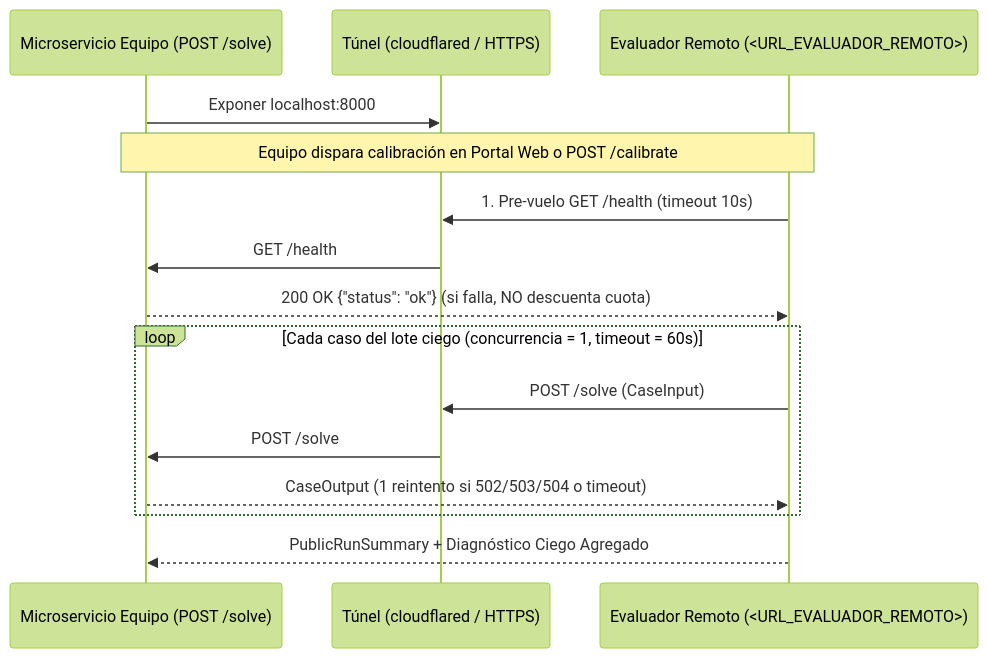
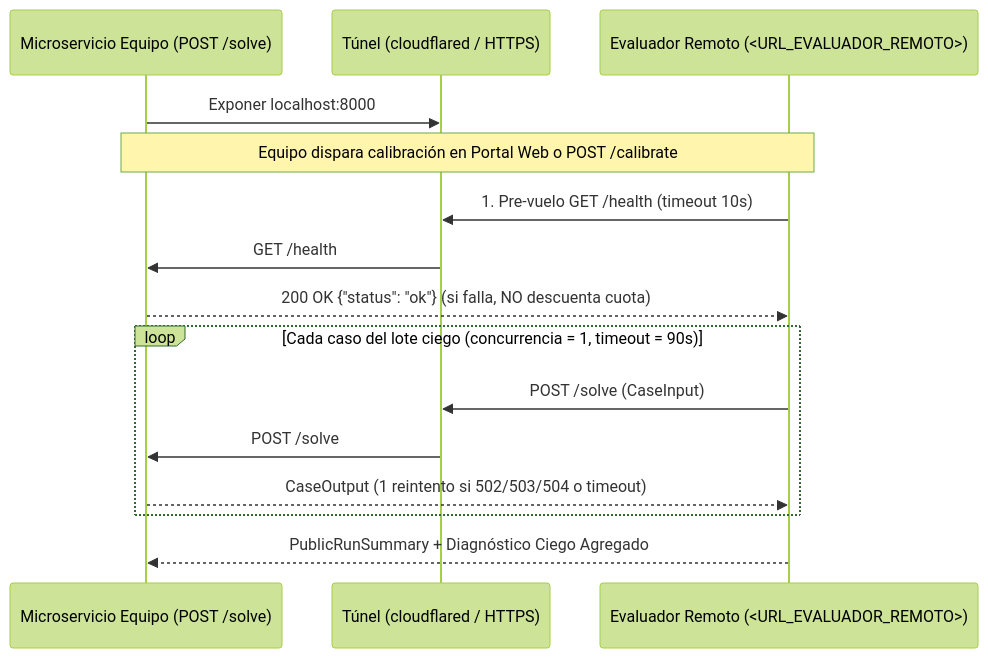
The fifth of 5 diagrams in docs/GUIA_DIDACTICA.md (chebaperez/aieng-utn-rag-challenge), drawn with Mermaid (forest theme) before and after one commit. The commit also changed other lines of this file and 10 other files, not shown here.

````diff
--- a/docs/GUIA_DIDACTICA.md
+++ b/docs/GUIA_DIDACTICA.md
@@ -466,18 +467,18 @@
 ```mermaid
 sequenceDiagram
     participant Eq as Microservicio Equipo (POST /solve)
     participant Tun as Túnel (cloudflared / HTTPS)
     participant Eval as Evaluador Remoto (<URL_EVALUADOR_REMOTO>)
 
     Eq->>Tun: Exponer localhost:8000
     Note over Eq,Eval: Equipo dispara calibración en Portal Web o POST /calibrate
     Eval->>Tun: 1. Pre-vuelo GET /health (timeout 10s)
     Tun->>Eq: GET /health
     Eq-->>Eval: 200 OK {"status": "ok"} (si falla, NO descuenta cuota)
-    loop Cada caso del lote ciego (concurrencia = 1, timeout = 60s)
+    loop Cada caso del lote ciego (concurrencia = 1, timeout = 90s)
         Eval->>Tun: POST /solve (CaseInput)
         Tun->>Eq: POST /solve
         Eq-->>Eval: CaseOutput (1 reintento si 502/503/504 o timeout)
     end
     Eval-->>Eq: PublicRunSummary + Diagnóstico Ciego Agregado
 ```
````
